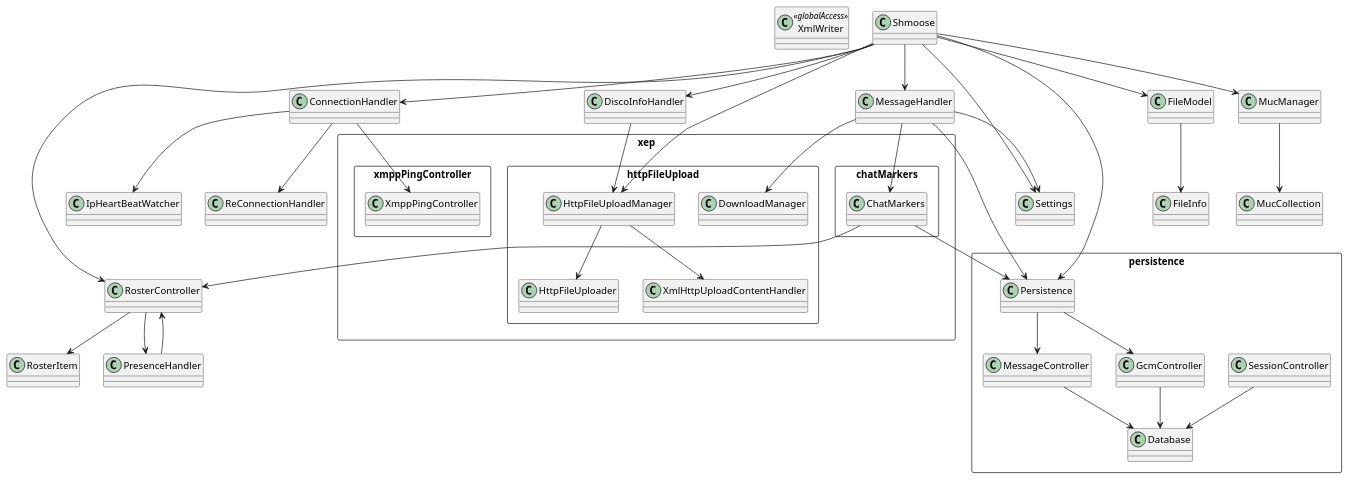
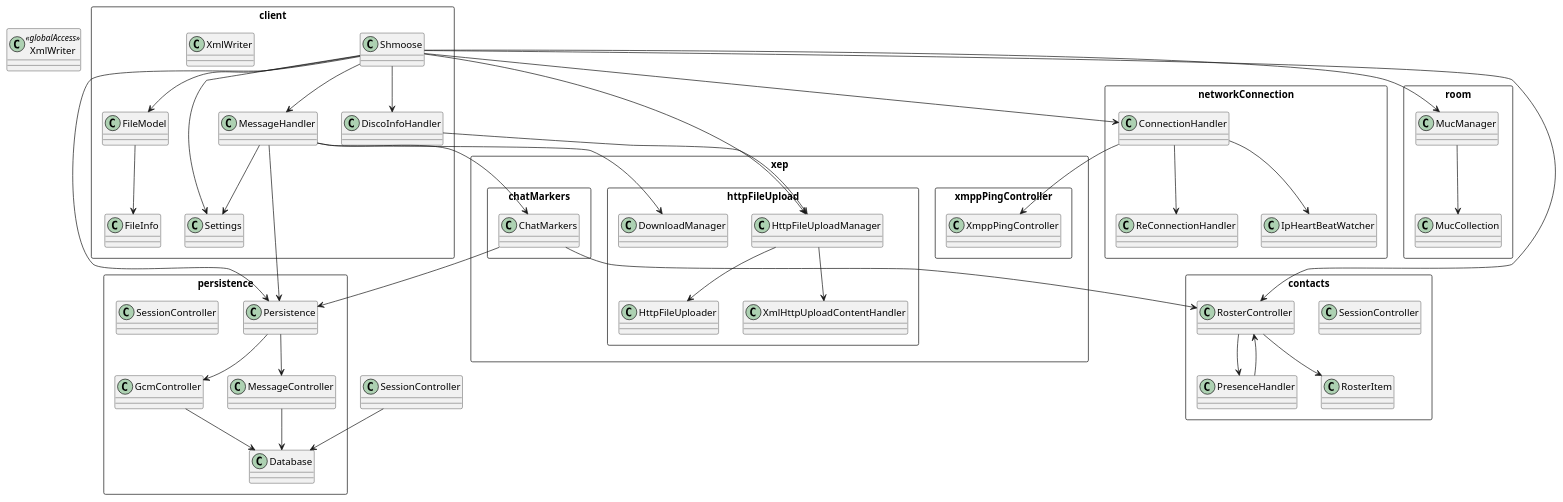
Before and after one commit to geobra/harbour-shmoose: the diagram in doc/architecture/images/whitebox.plantuml, drawn with PlantUML.

Commit message:
added some grouping

```diff
--- a/doc/architecture/images/whitebox.plantuml
+++ b/doc/architecture/images/whitebox.plantuml
@@ -1,61 +1,89 @@
 @startuml
 
 package persistence <<Rectangle>>{
 	class Database
 	class GcmController
 	class MessageController
 	class Persistence
 	class SessionController
 }
 
 package xep <<Rectangle>> {
 	package chatMarkers <<Rectangle>> {
 		class ChatMarkers
 	}
 
 	package httpFileUpload <<Rectangle>> {
 		class DownloadManager
 		class HttpFileUploader
 		class HttpFileUploadManager
 		class XmlHttpUploadContentHandler
 	}
 
 	package xmppPingController <<Rectangle>> {
 		class XmppPingController
 	}
+}
+
+package contacts <<Rectangle>> {
+	class SessionController
+	class RosterItem
+	class PresenceHandler
+	class RosterController
+}
+
+package networkConnection <<Rectangle>> {
+	class ConnectionHandler
+	class ReConnectionHandler
+	class IpHeartBeatWatcher
+}
+
+package room <<Rectangle>> {
+	class MucManager
+	class MucCollection
+}
+
+package client <<Rectangle>> {
+	class Shmoose
+	class FileModel
+	class FileInfo
+	class Settings
+	class MessageHandler
+	class DiscoInfoHandler
+	class XmlWriter
 }
 
 class XmlWriter << globalAccess >>
 
 ChatMarkers --> RosterController
 ChatMarkers --> Persistence
 ConnectionHandler --> ReConnectionHandler
 ConnectionHandler --> IpHeartBeatWatcher
 ConnectionHandler --> XmppPingController
 DiscoInfoHandler --> HttpFileUploadManager
 FileModel --> FileInfo
 GcmController --> Database
 HttpFileUploadManager --> XmlHttpUploadContentHandler
 HttpFileUploadManager --> HttpFileUploader
 MessageController --> Database
 MessageHandler --> Persistence
 MessageHandler --> DownloadManager
 MessageHandler --> Settings
 MessageHandler --> ChatMarkers
 MucManager --> MucCollection
 Persistence --> GcmController
 Persistence --> MessageController
 PresenceHandler --> RosterController
 RosterController --> PresenceHandler
 RosterController --> RosterItem
 SessionController --> Database
 Shmoose --> Persistence
 Shmoose --> ConnectionHandler
 Shmoose --> MessageHandler
 Shmoose --> Settings
 Shmoose --> RosterController
 Shmoose --> HttpFileUploadManager
 Shmoose --> DiscoInfoHandler
 Shmoose --> MucManager
 Shmoose --> FileModel
 @enduml
```
